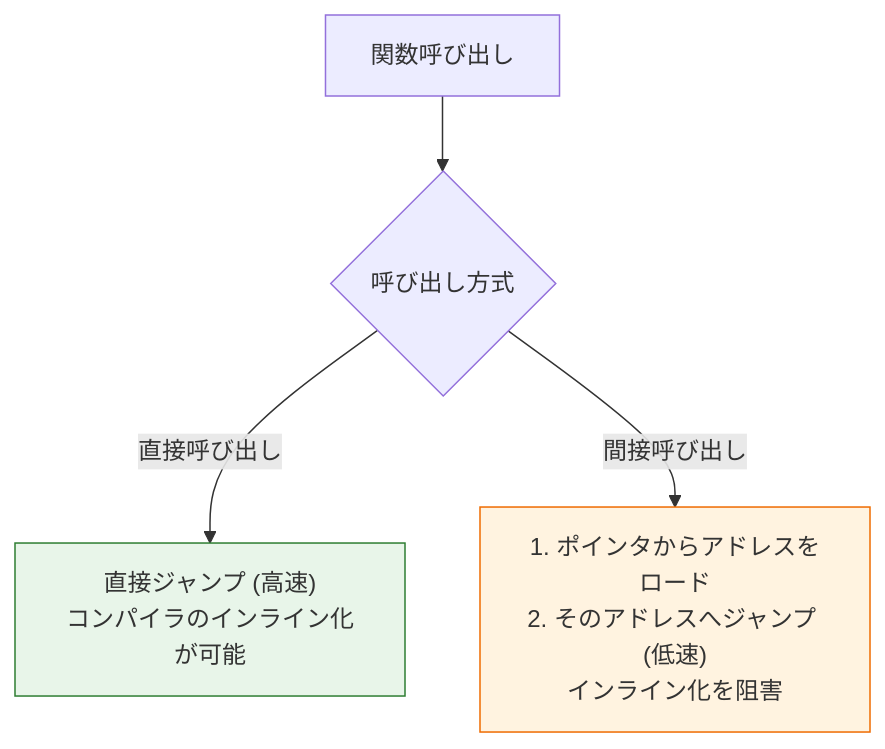
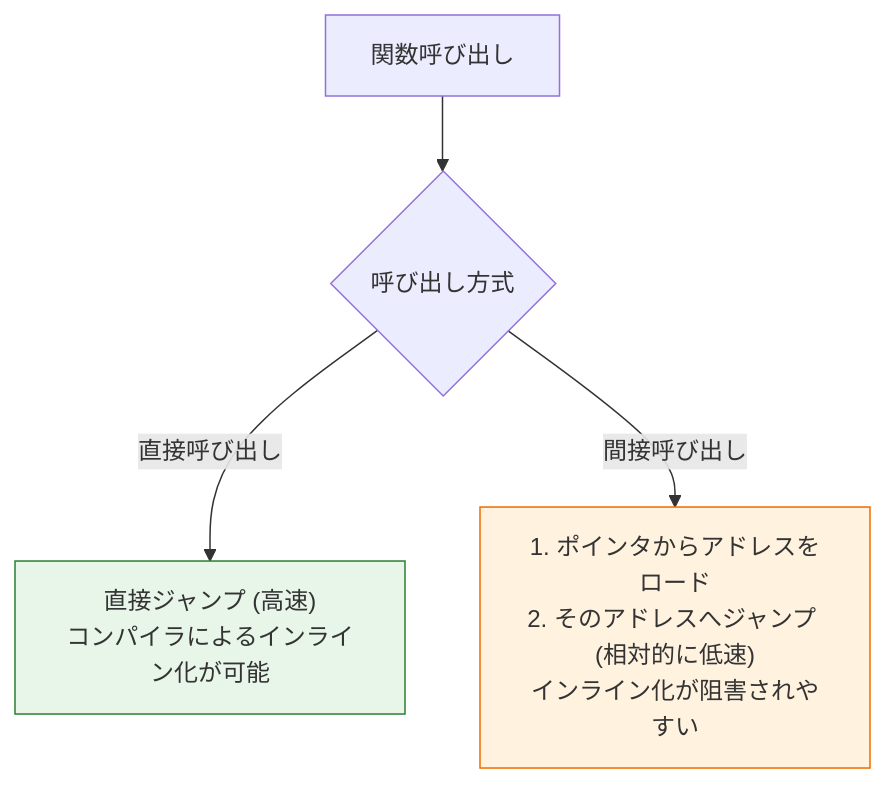
The second of 2 diagrams in 01_原稿/04_第1部 第2章 関数ポインタと間接呼び出し - 動的結合の実現_02.md (kumachan1101/BookProject), drawn with Mermaid before and after one commit. The commit also changed other lines of this file and 113 other files, not shown here.

````diff
--- a/01_原稿/04_第1部 第2章 関数ポインタと間接呼び出し - 動的結合の実現_02.md
+++ b/01_原稿/04_第1部 第2章 関数ポインタと間接呼び出し - 動的結合の実現_02.md
@@ -204,9 +180,9 @@
 ```mermaid
     graph TB
     A[関数呼び出し] --> B{呼び出し方式}
-    B -->|"直接呼び出し"| C["直接ジャンプ (高速)<br/>コンパイラのインライン化が可能"]
-    B -->|"間接呼び出し"| D["1. ポインタからアドレスをロード<br/>2. そのアドレスへジャンプ (低速)<br/>インライン化を阻害"]
+    B -->|"直接呼び出し"| C["直接ジャンプ (高速)<br/>コンパイラによるインライン化が可能"]
+    B -->|"間接呼び出し"| D["1. ポインタからアドレスをロード<br/>2. そのアドレスへジャンプ (相対的に低速)<br/>インライン化が阻害されやすい"]
 
     style C fill:#e8f5e9,stroke:#2e7d32
     style D fill:#fff3e0,stroke:#ef6c00
 ```
````
